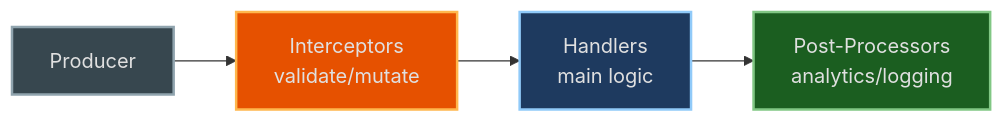
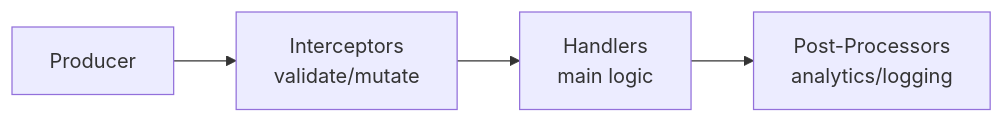
The second of 2 diagrams in README.md (wallstop/DxMessaging), drawn with Mermaid before and after one commit. The commit also changed other lines of this file and 6 other files, not shown here.

````diff
--- a/README.md
+++ b/README.md
@@ -446,10 +438,6 @@
 ```mermaid
 flowchart LR
     P[Producer] --> I[Interceptors<br/>validate/mutate]
     I --> H[Handlers<br/>main logic]
     H --> PP[Post-Processors<br/>analytics/logging]
-    style P fill:#37474f,stroke:#90a4ae,stroke-width:2px,color:#e0e0e0
-    style I fill:#e65100,stroke:#ffb74d,stroke-width:2px,color:#e0e0e0
-    style H fill:#1e3a5f,stroke:#90caf9,stroke-width:2px,color:#e0e0e0
-    style PP fill:#1b5e20,stroke:#81c784,stroke-width:2px,color:#e0e0e0
 ```
````
